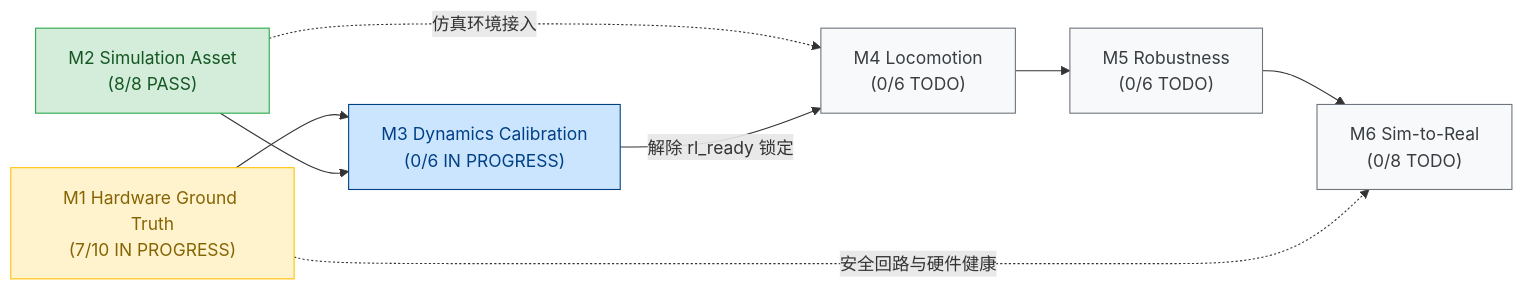
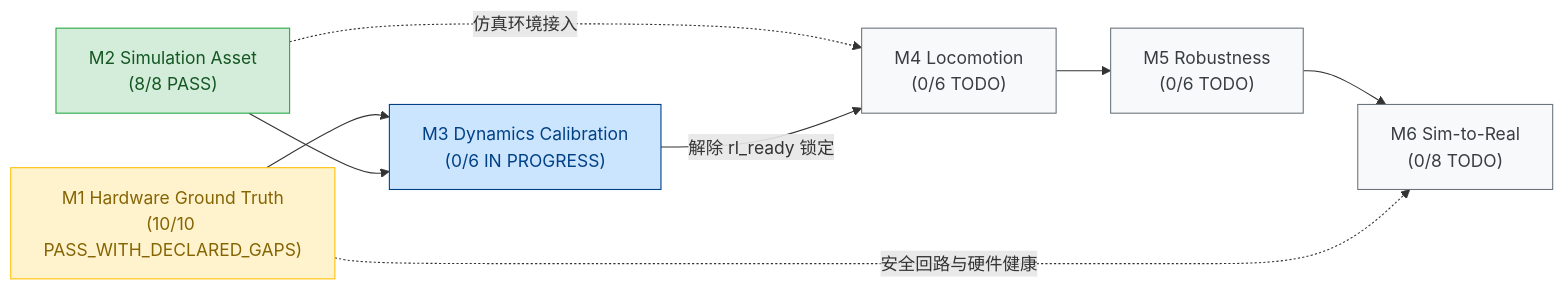
One commit to Kytolly/wiki-tutorial-Isaac changed the diagram in page/stackforce/Roadmap与里程碑.md. Above: the diagram before and after it, drawn with Mermaid. The commit also changed other lines of this file and 21 other files, not shown here.

````diff
--- a/page/stackforce/Roadmap与里程碑.md
+++ b/page/stackforce/Roadmap与里程碑.md
@@ -28,17 +28,17 @@
 ```mermaid
 flowchart LR
-    M1["M1 Hardware Ground Truth<br>(7/10 IN PROGRESS)"] --> M3["M3 Dynamics Calibration<br>(0/6 IN PROGRESS)"]
+    M1["M1 Hardware Ground Truth<br>(10/10 PASS_WITH_DECLARED_GAPS)"] --> M3["M3 Dynamics Calibration<br>(0/6 IN PROGRESS)"]
     M2["M2 Simulation Asset<br>(8/8 PASS)"] --> M3
     M2 -. 仿真环境接入 .-> M4["M4 Locomotion<br>(0/6 TODO)"]
     M3 -->|解除 rl_ready 锁定| M4
     M4 --> M5["M5 Robustness<br>(0/6 TODO)"]
     M5 --> M6["M6 Sim-to-Real<br>(0/8 TODO)"]
     M1 -. 安全回路与硬件健康 .-> M6
     
     style M1 fill:#fff3cd,stroke:#ffc107,color:#856404
     style M2 fill:#d4edda,stroke:#28a745,color:#155724
     style M3 fill:#cce5ff,stroke:#004085,color:#004085
     style M4 fill:#f8f9fa,stroke:#6c757d,color:#383d41
     style M5 fill:#f8f9fa,stroke:#6c757d,color:#383d41
     style M6 fill:#f8f9fa,stroke:#6c757d,color:#383d41
 ```
````
